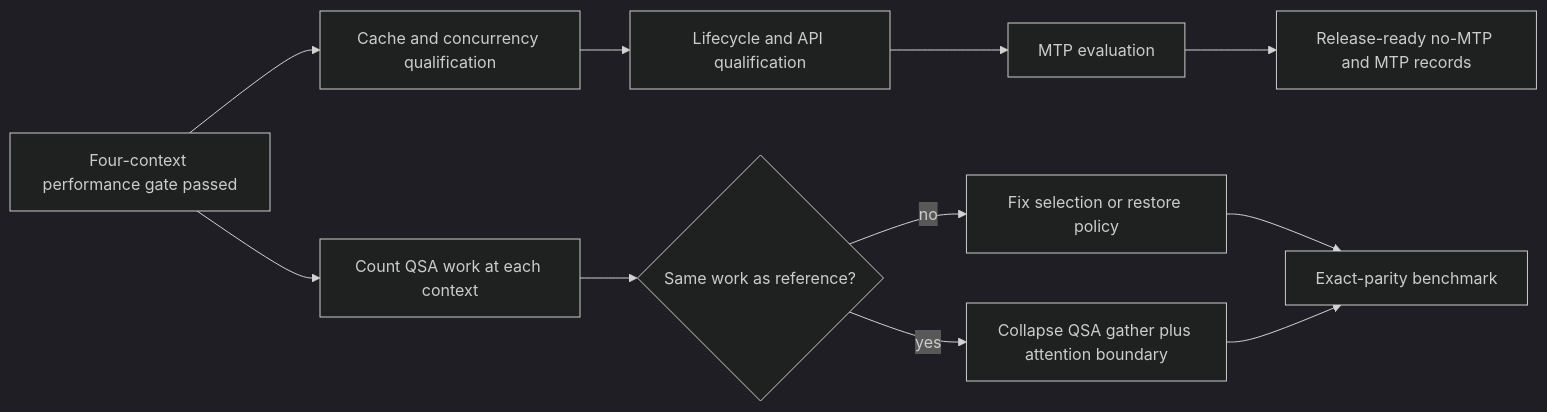
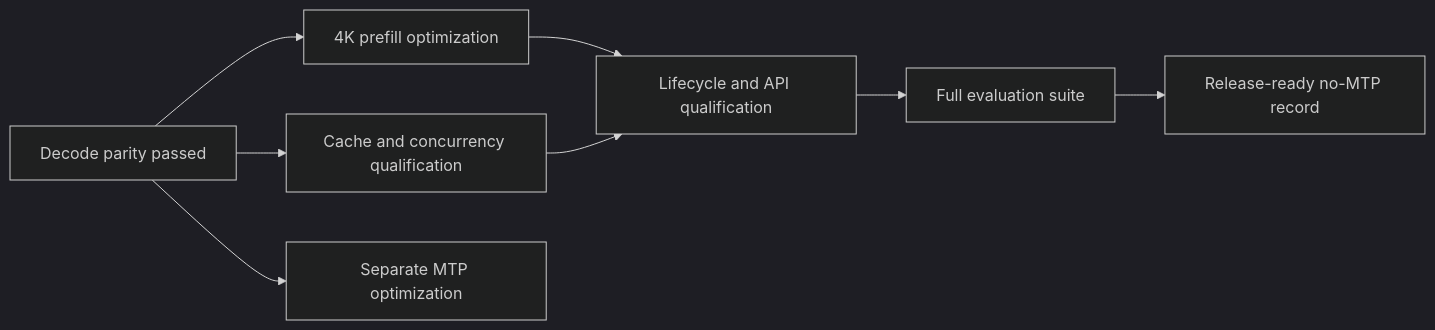
Diagram 11 of 11 in docs/QWEN38_FLASH_NEXT_PERFORMANCE.md (scouzi1966/AFMKit), drawn with Mermaid (dark theme) before and after one commit. The commit also changed other lines of this file and 1 other file, not shown here.

Commit message:
Optimize Qwen Next decode submission

````diff
--- a/docs/QWEN38_FLASH_NEXT_PERFORMANCE.md
+++ b/docs/QWEN38_FLASH_NEXT_PERFORMANCE.md
@@ -543,13 +616,10 @@
 ```mermaid
 flowchart LR
-    A[Four-context performance gate passed] --> B[Cache and concurrency qualification]
-    B --> C[Lifecycle and API qualification]
-    C --> D[MTP evaluation]
-    D --> E[Release-ready no-MTP and MTP records]
-    A --> F[Count QSA work at each context]
-    F --> G{Same work as reference?}
-    G -- no --> H[Fix selection or restore policy]
-    G -- yes --> I[Collapse QSA gather plus attention boundary]
-    H --> J[Exact-parity benchmark]
-    I --> J
+    A[Decode parity passed] --> B[4K prefill optimization]
+    A --> C[Cache and concurrency qualification]
+    B --> D[Lifecycle and API qualification]
+    C --> D
+    D --> E[Full evaluation suite]
+    E --> F[Release-ready no-MTP record]
+    A --> G[Separate MTP optimization]
 ```
````
